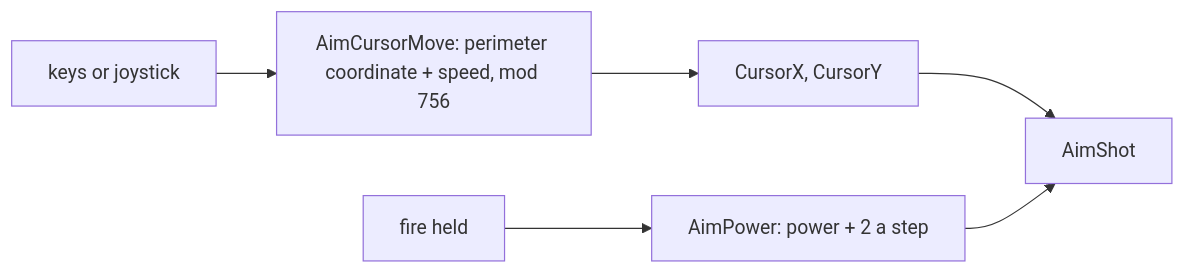
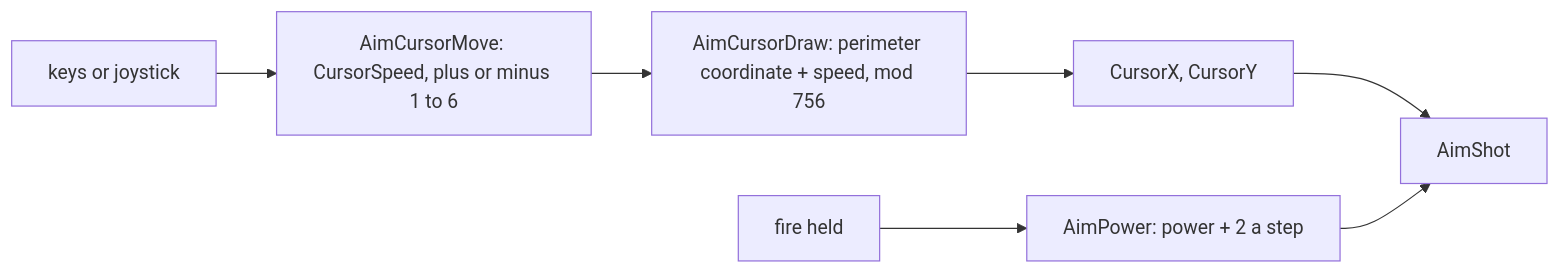
Before and after one commit to alfishe/unrealng-reverse-cases: the ninth of 13 diagrams in games/video-pool/docs/10-gameplay-logic.md, drawn with Mermaid. The commit also changed other lines of this file and 51 other files, not shown here.

````diff
--- a/games/video-pool/docs/10-gameplay-logic.md
+++ b/games/video-pool/docs/10-gameplay-logic.md
@@ -678,8 +757,9 @@
 ```mermaid
 flowchart LR
-    K[keys or joystick] --> M[AimCursorMove: perimeter coordinate + speed, mod 756]
-    M --> X[CursorX, CursorY]
+    K[keys or joystick] --> M[AimCursorMove: CursorSpeed, plus or minus 1 to 6]
+    M --> D[AimCursorDraw: perimeter coordinate + speed, mod 756]
+    D --> X[CursorX, CursorY]
     F[fire held] --> P[AimPower: power + 2 a step]
     X --> S[AimShot]
     P --> S
 ```
````
